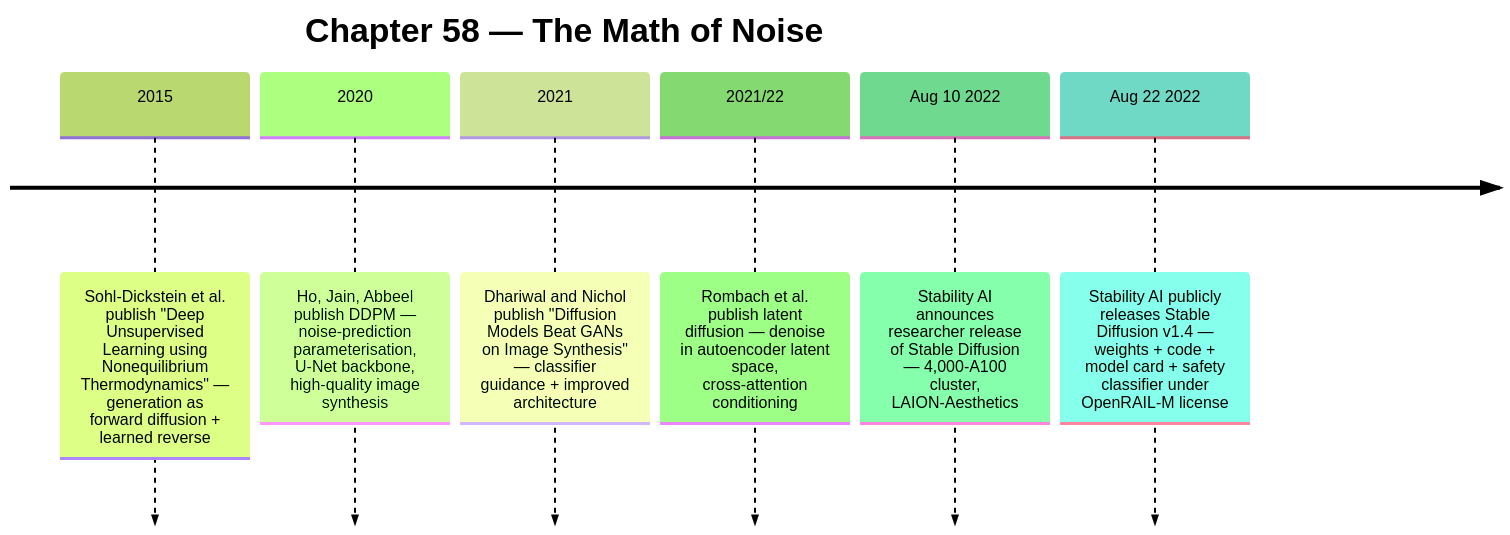
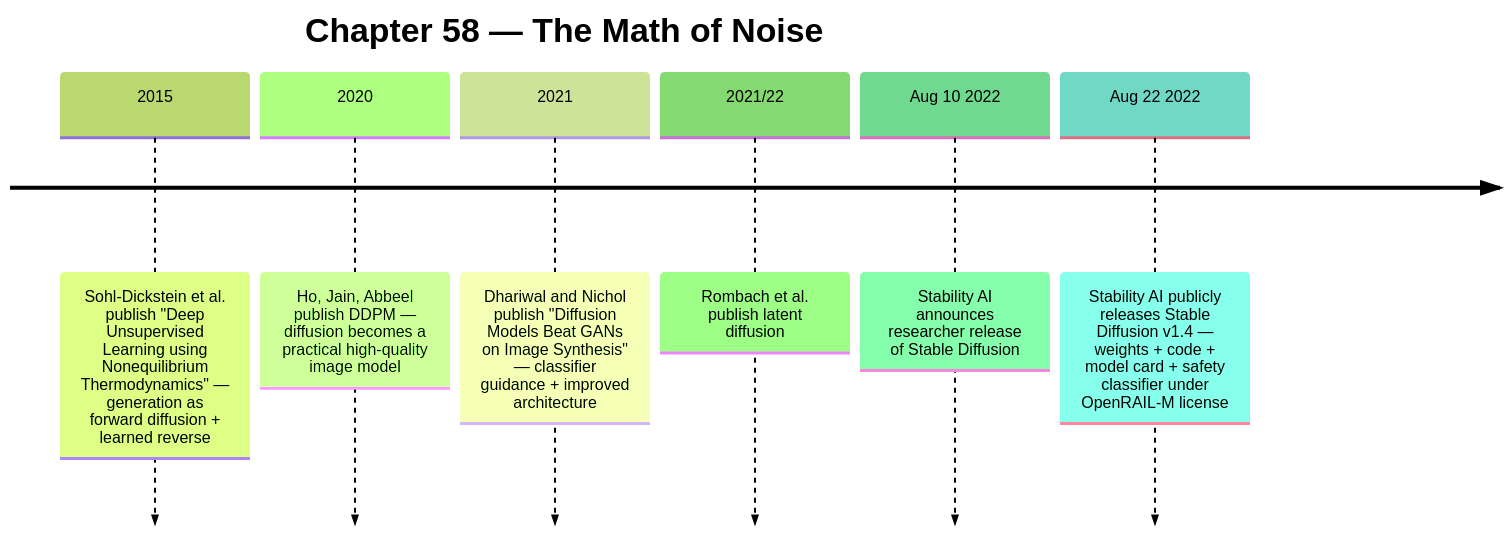
One commit to kube-dojo/kube-dojo changed the first of 2 diagrams in src/content/docs/ai-history/ch-58-the-math-of-noise.md. Above: the diagram before and after it, drawn with Mermaid (forest theme). The commit also changed other lines of this file and 2 other files, not shown here.

````diff
--- a/src/content/docs/ai-history/ch-58-the-math-of-noise.md
+++ b/src/content/docs/ai-history/ch-58-the-math-of-noise.md
@@ -29,10 +29,10 @@
 ```mermaid
 timeline
     title Chapter 58 — The Math of Noise
     2015 : Sohl-Dickstein et al. publish "Deep Unsupervised Learning using Nonequilibrium Thermodynamics" — generation as forward diffusion + learned reverse
-    2020 : Ho, Jain, Abbeel publish DDPM — noise-prediction parameterisation, U-Net backbone, high-quality image synthesis
+    2020 : Ho, Jain, Abbeel publish DDPM — diffusion becomes a practical high-quality image model
     2021 : Dhariwal and Nichol publish "Diffusion Models Beat GANs on Image Synthesis" — classifier guidance + improved architecture
-    2021/22 : Rombach et al. publish latent diffusion — denoise in autoencoder latent space, cross-attention conditioning
-    Aug 10 2022 : Stability AI announces researcher release of Stable Diffusion — 4,000-A100 cluster, LAION-Aesthetics
+    2021/22 : Rombach et al. publish latent diffusion
+    Aug 10 2022 : Stability AI announces researcher release of Stable Diffusion
     Aug 22 2022 : Stability AI publicly releases Stable Diffusion v1.4 — weights + code + model card + safety classifier under OpenRAIL-M license
 ```
````
